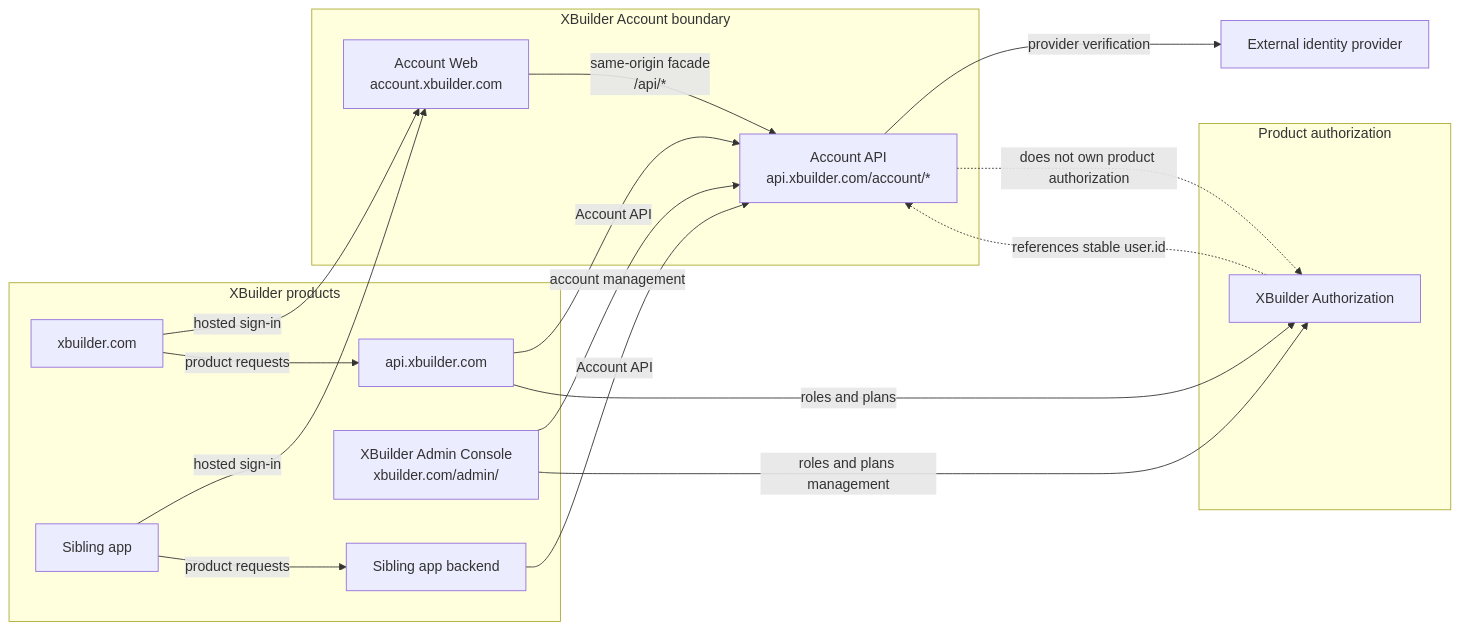
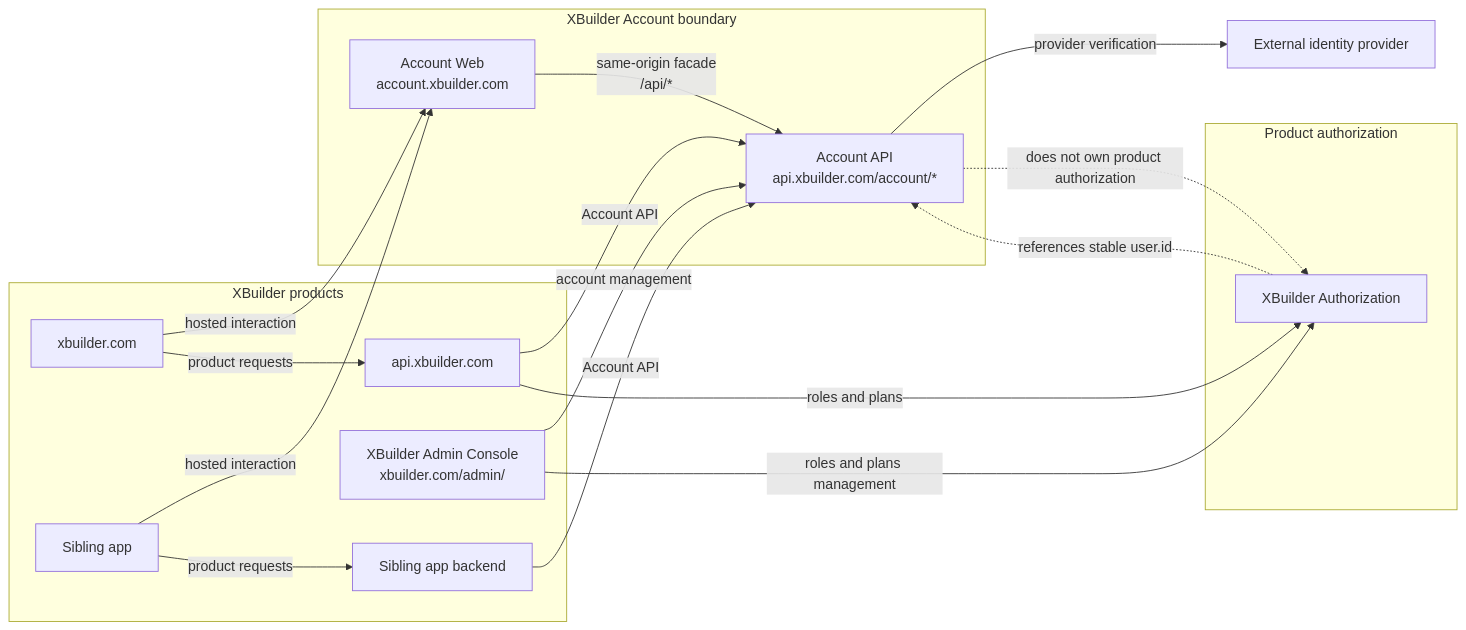
Before and after one commit to goplus/builder: the first of 3 diagrams in docs/product/account.md, drawn with Mermaid. The commit also changed other lines of this file and 2 other files, not shown here.

First line of the commit message:
docs(account): clarify OAuth handoff authorization flow

````diff
--- a/docs/product/account.md
+++ b/docs/product/account.md
@@ -78,36 +78,36 @@
 ```mermaid
 flowchart LR
     subgraph Products["XBuilder products"]
         XBuilder["xbuilder.com"]
         XBuilderBackend["api.xbuilder.com"]
         AdminConsole["XBuilder Admin Console<br/>xbuilder.com/admin/"]
         SiblingApp["Sibling app"]
         AppBackend["Sibling app backend"]
     end
 
     subgraph AccountBoundary["XBuilder Account boundary"]
         AccountWeb["Account Web<br/>account.xbuilder.com"]
         AccountAPI["Account API<br/>api.xbuilder.com/account/*"]
     end
 
     subgraph ProductAuthz["Product authorization"]
         Authorization["XBuilder Authorization"]
     end
 
     Provider["External identity provider"]
 
-    XBuilder -->|hosted sign-in| AccountWeb
-    SiblingApp -->|hosted sign-in| AccountWeb
+    XBuilder -->|hosted interaction| AccountWeb
+    SiblingApp -->|hosted interaction| AccountWeb
     AccountWeb -->|same-origin facade<br/>/api/*| AccountAPI
     XBuilder -->|product requests| XBuilderBackend
     SiblingApp -->|product requests| AppBackend
     XBuilderBackend -->|Account API| AccountAPI
     AppBackend -->|Account API| AccountAPI
     AccountAPI -->|provider verification| Provider
     AdminConsole -->|account management| AccountAPI
     AdminConsole -->|roles and plans management| Authorization
     XBuilderBackend -->|roles and plans| Authorization
     Authorization -.->|references stable user.id| AccountAPI
 
     AccountAPI -.->|does not own product authorization| Authorization
 ```
````
